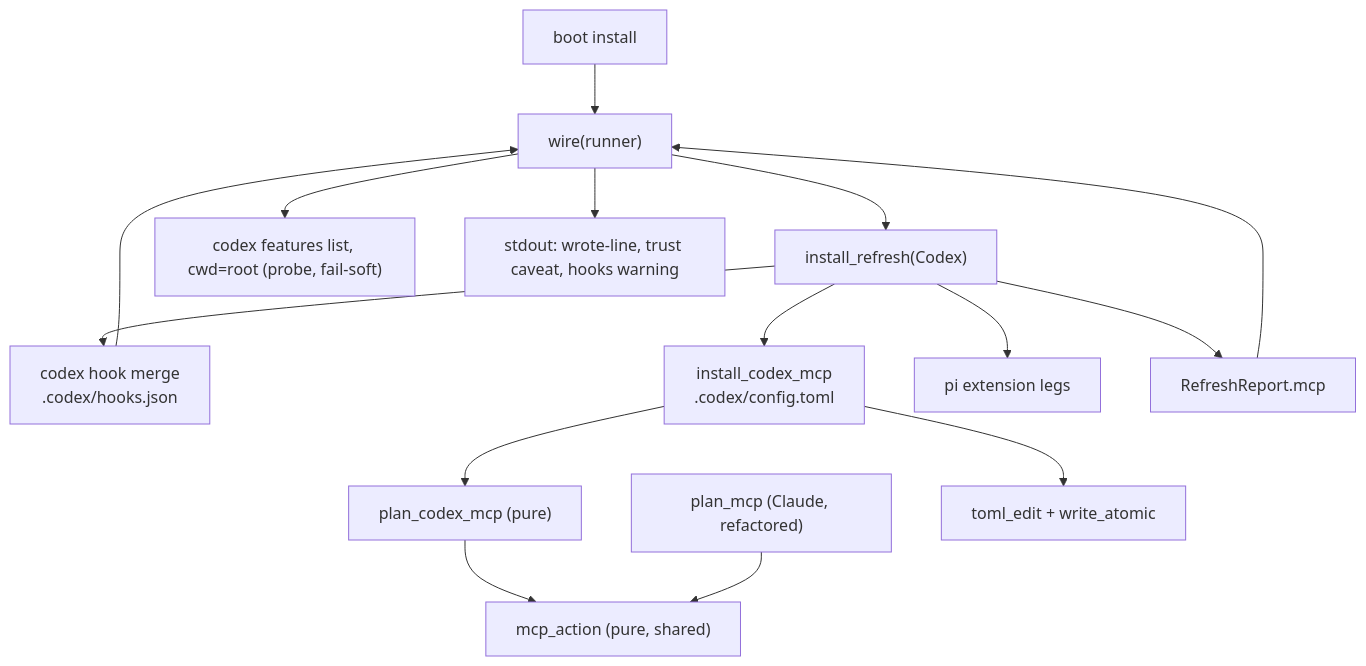
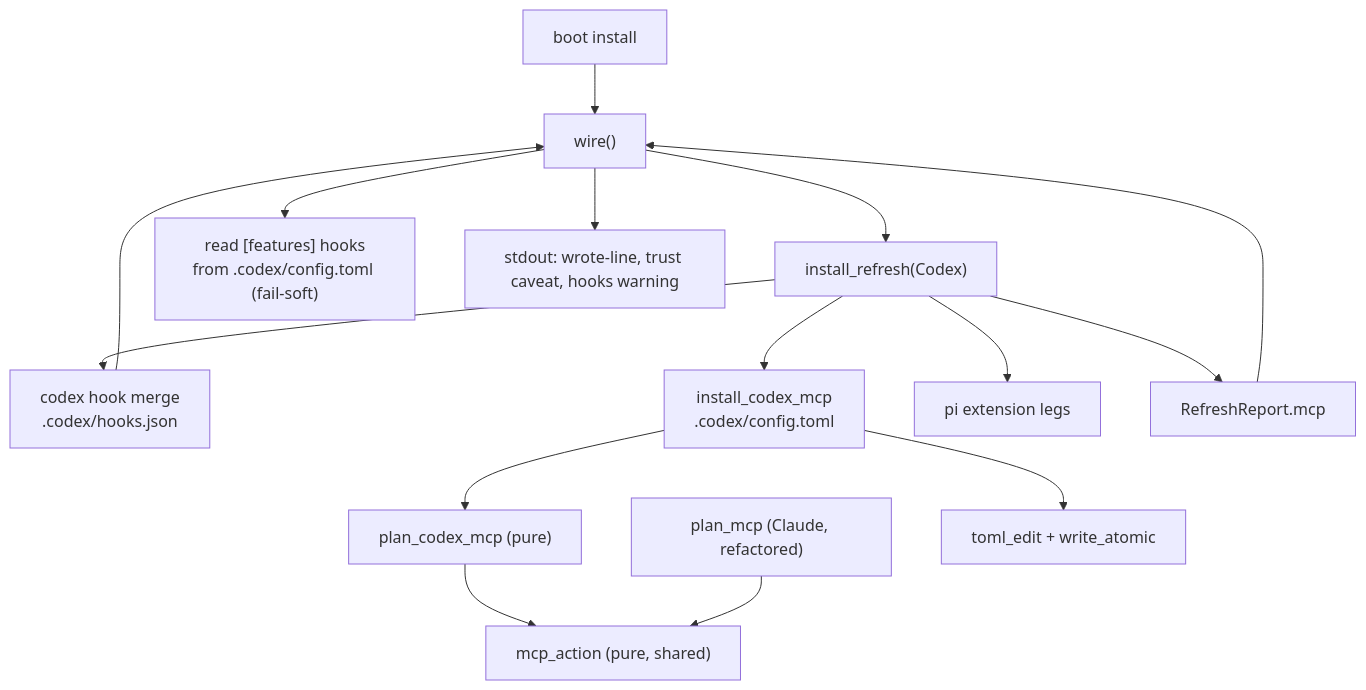
Before and after one commit to davidlee/doctrine: the first of 2 diagrams in .doctrine/slice/271/design.md, drawn with Mermaid. The commit also changed other lines of this file and 7 other files, not shown here.

First line of the commit message:
plan(SL-271): design back-edge F-1 — retire the probe, read hooks from the project file; append PHASE-04

````diff
--- a/.doctrine/slice/271/design.md
+++ b/.doctrine/slice/271/design.md
@@ -146,17 +146,17 @@
 ```mermaid
 flowchart TD
-  install["boot install"] --> wire["wire(runner)"]
+  install["boot install"] --> wire["wire()"]
   wire --> refresh["install_refresh(Codex)"]
   refresh --> hooks["codex hook merge<br/>.codex/hooks.json"]
   refresh --> mcp["install_codex_mcp<br/>.codex/config.toml"]
   refresh --> pi["pi extension legs"]
   mcp --> plan["plan_codex_mcp (pure)"]
   plan --> action["mcp_action (pure, shared)"]
   monkey["plan_mcp (Claude, refactored)"] --> action
   mcp --> write["toml_edit + write_atomic"]
   refresh --> report["RefreshReport.mcp"]
   report --> wire
   hooks --> wire
-  wire --> probe["codex features list, cwd=root (probe, fail-soft)"]
+  wire --> hooksread["read [features] hooks<br/>from .codex/config.toml (fail-soft)"]
   wire --> out["stdout: wrote-line, trust caveat, hooks warning"]
 ```
````
